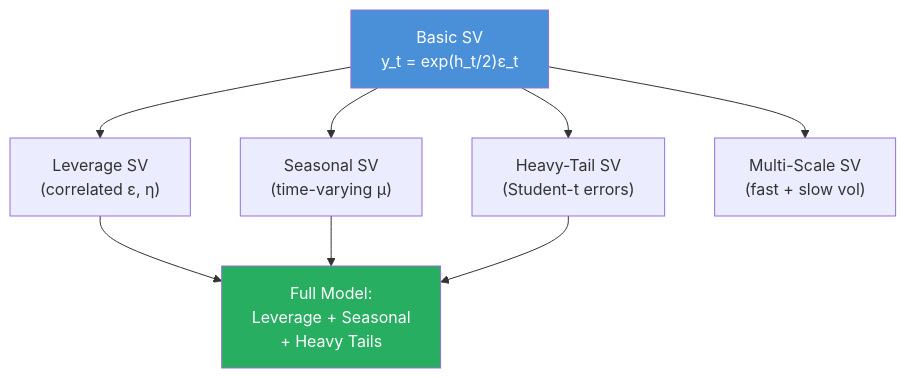
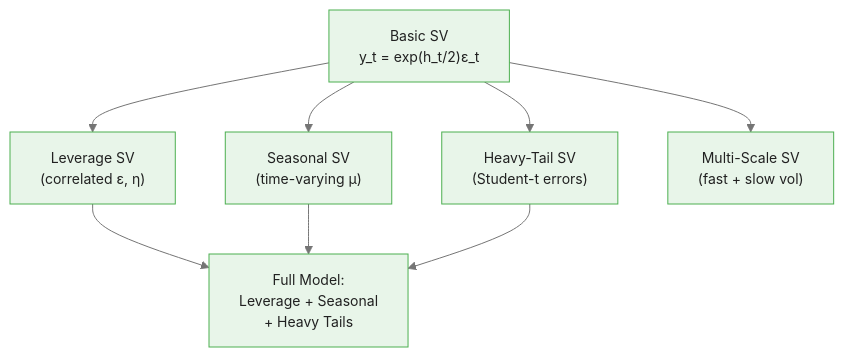
Before and after one commit to m-deane/course-creator: the second of 3 diagrams in courses/bayesian-commodity-forecasting/modules/module_03_state_space/guides/03_stochastic_volatility_slides.md, drawn with Mermaid. The commit also changed other lines of this file and 104 other files, not shown here.

````diff
--- a/courses/bayesian-commodity-forecasting/modules/module_03_state_space/guides/03_stochastic_volatility_slides.md
+++ b/courses/bayesian-commodity-forecasting/modules/module_03_state_space/guides/03_stochastic_volatility_slides.md
@@ -290,12 +303,11 @@
 ```mermaid
+%%{init: {"theme": "base", "themeVariables": {"primaryColor": "#e8f5e9", "primaryBorderColor": "#4caf50", "primaryTextColor": "#212121", "secondaryColor": "#e3f2fd", "tertiaryColor": "#fff8e1", "lineColor": "#757575", "fontFamily": "Inter, sans-serif", "fontSize": "14px"}}}%%
 flowchart TD
     SV["Basic SV\ny_t = exp(h_t/2)ε_t"] --> LEV["Leverage SV\n(correlated ε, η)"]
     SV --> SEAS["Seasonal SV\n(time-varying μ)"]
     SV --> HT["Heavy-Tail SV\n(Student-t errors)"]
     SV --> MS["Multi-Scale SV\n(fast + slow vol)"]
     LEV --> FULL["Full Model:\nLeverage + Seasonal\n+ Heavy Tails"]
     SEAS --> FULL
     HT --> FULL
-    style SV fill:#4a90d9,color:#fff
-    style FULL fill:#27ae60,color:#fff
 ```
````
